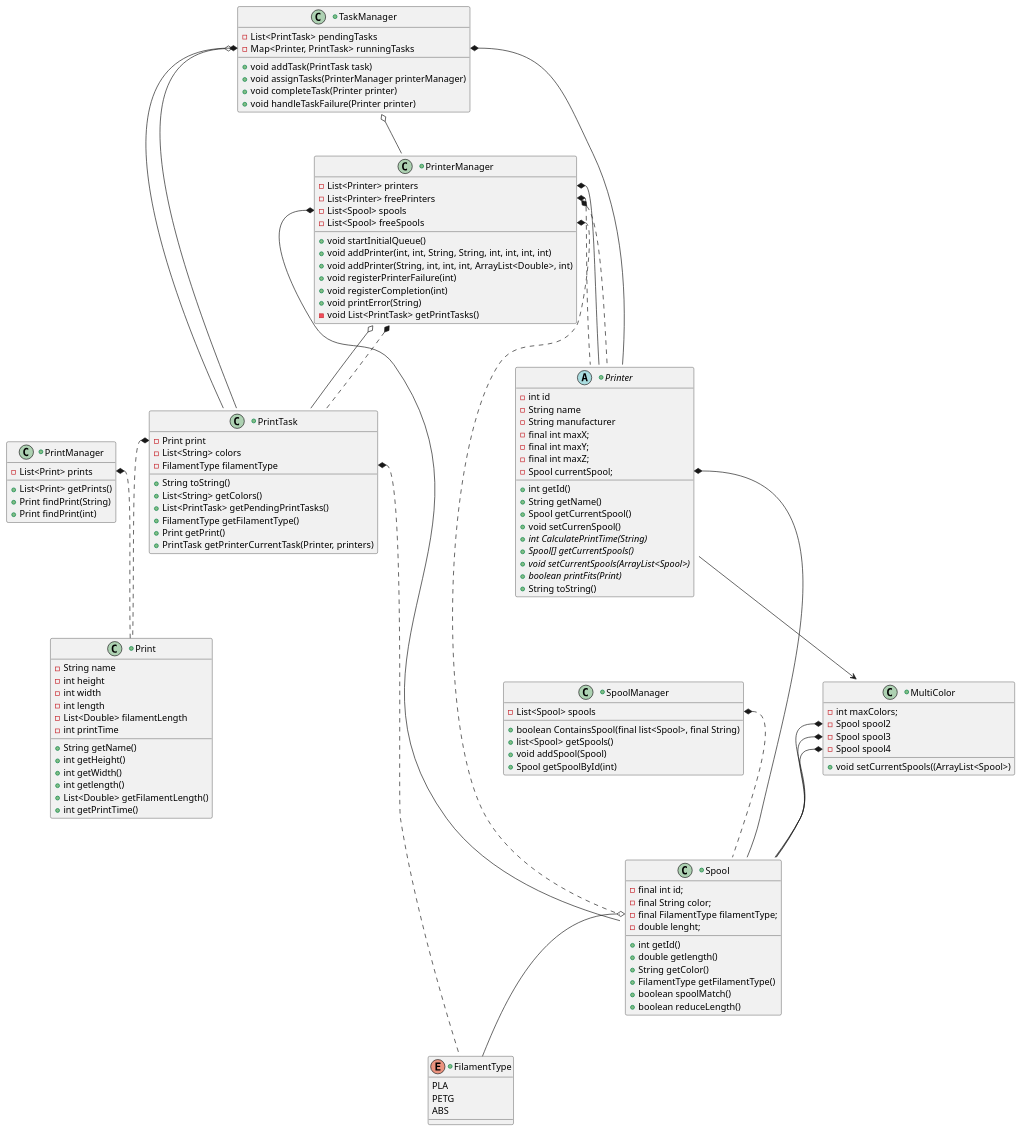
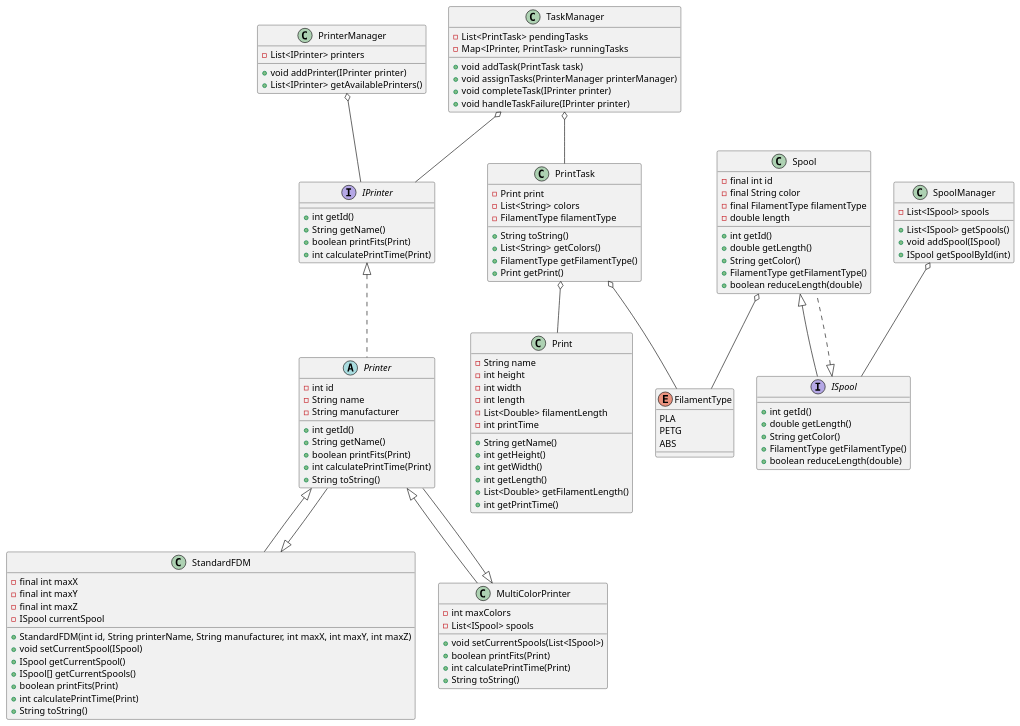
The diagram in 3dprintscheduler-main/docs/diagrams/NewPrinterManagerClassDiagram.puml (mhountsword/SysteemOntwerp), drawn with PlantUML before and after one commit. The commit also changed 4 other files, not shown here.

```diff
--- a/3dprintscheduler-main/docs/diagrams/NewPrinterManagerClassDiagram.puml
+++ b/3dprintscheduler-main/docs/diagrams/NewPrinterManagerClassDiagram.puml
@@ -1,139 +1,128 @@
 @startuml
-'https://plantuml.com/class-diagram
-+class PrinterManager{
--List<Printer> printers
--List<Printer> freePrinters
--List<Spool> spools
--List<Spool> freeSpools
-+void startInitialQueue()
-+void addPrinter(int, int, String, String, int, int, int, int)
-+void addPrinter(String, int, int, int, ArrayList<Double>, int)
-+void registerPrinterFailure(int)
-+void registerCompletion(int)
-+void printError(String)
--void List<PrintTask> getPrintTasks()
+interface IPrinter {
+    +int getId()
+    +String getName()
+    +boolean printFits(Print)
+    +int calculatePrintTime(Print)
 }
-PrinterManager::printers *-- Printer
-PrinterManager::freePrinters *.. Printer
-PrinterManager::pendingPrintTasks o-- PrintTask
-PrinterManager::spools *-- Spool
-PrinterManager::freeSpools *.. Spool
-PrinterManager::runningPrintTask *.. Printer
-PrinterManager::runningPrintTask *.. PrintTask
 
-+class TaskManager{
-    - List<PrintTask> pendingTasks
-    - Map<Printer, PrintTask> runningTasks
-    + void addTask(PrintTask task)
-    + void assignTasks(PrinterManager printerManager)
-    + void completeTask(Printer printer)
-    + void handleTaskFailure(Printer printer)
+interface ISpool {
+    +int getId()
+    +double getLength()
+    +String getColor()
+    +FilamentType getFilamentType()
+    +boolean reduceLength(double)
 }
-TaskManager::runningTasks *-- Printer
-TaskManager::runningTasks *-- PrintTask
-TaskManager o-- PrinterManager
-TaskManager o-- PrintTask
-
-+class PrintManager{
--List<Print> prints
-+List<Print> getPrints()
-+Print findPrint(String)
-+Print findPrint(int)
-}
-PrintManager::prints *.. Print
 
 
-+class SpoolManager{
--List<Spool> spools
-+boolean ContainsSpool(final list<Spool>, final String)
-+list<Spool> getSpools()
-+void addSpool(Spool)
-+Spool getSpoolById(int)
+abstract class Printer implements IPrinter {
+    -int id
+    -String name
+    -String manufacturer
+    +int getId()
+    +String getName()
+    +boolean printFits(Print)
+    +int calculatePrintTime(Print)
+    +String toString()
 }
 
-SpoolManager::spools *.. Spool
-
-+class PrintTask{
--Print print
--List<String> colors
--FilamentType filamentType
-+String toString()
-+List<String> getColors()
-+List<PrintTask> getPendingPrintTasks()
-+FilamentType getFilamentType()
-+Print getPrint()
-+PrintTask getPrinterCurrentTask(Printer, printers)
+class StandardFDM extends Printer {
+    -final int maxX
+    -final int maxY
+    -final int maxZ
+    -ISpool currentSpool
+    +StandardFDM(int id, String printerName, String manufacturer, int maxX, int maxY, int maxZ)
+    +void setCurrentSpool(ISpool)
+    +ISpool getCurrentSpool()
+    +ISpool[] getCurrentSpools()
+    +boolean printFits(Print)
+    +int calculatePrintTime(Print)
+    +String toString()
 }
 
-PrintTask::print *.. Print
-PrintTask::filamentType *.. FilamentType
+class MultiColorPrinter extends Printer {
+    -int maxColors
+    -List<ISpool> spools
+    +void setCurrentSpools(List<ISpool>)
+    +boolean printFits(Print)
+    +int calculatePrintTime(Print)
+    +String toString()
+}
+class Print {
+    -String name
+    -int height
+    -int width
+    -int length
+    -List<Double> filamentLength
+    -int printTime
+    +String getName()
+    +int getHeight()
+    +int getWidth()
+    +int getLength()
+    +List<Double> getFilamentLength()
+    +int getPrintTime()
+}
 
-+enum FilamentType{
+
+class Spool implements ISpool {
+    -final int id
+    -final String color
+    -final FilamentType filamentType
+    -double length
+    +int getId()
+    +double getLength()
+    +String getColor()
+    +FilamentType getFilamentType()
+    +boolean reduceLength(double)
+}
+
+
+class PrinterManager {
+    -List<IPrinter> printers
+    +void addPrinter(IPrinter printer)
+    +List<IPrinter> getAvailablePrinters()
+}
+
+class TaskManager {
+    -List<PrintTask> pendingTasks
+    -Map<IPrinter, PrintTask> runningTasks
+    +void addTask(PrintTask task)
+    +void assignTasks(PrinterManager printerManager)
+    +void completeTask(IPrinter printer)
+    +void handleTaskFailure(IPrinter printer)
+}
+
+class SpoolManager {
+    -List<ISpool> spools
+    +List<ISpool> getSpools()
+    +void addSpool(ISpool)
+    +ISpool getSpoolById(int)
+}
+
+class PrintTask {
+    -Print print
+    -List<String> colors
+    -FilamentType filamentType
+    +String toString()
+    +List<String> getColors()
+    +FilamentType getFilamentType()
+    +Print getPrint()
+}
+
+enum FilamentType {
     PLA
     PETG
     ABS
 }
-+abstract class Printer{
-- int id
--String name
--String manufacturer
-+ int getId()
-+ String getName()
-- final int maxX;
-- final int maxY;
-- final int maxZ;
--  Spool currentSpool;
-+ Spool getCurrentSpool()
-+ void setCurrenSpool()
-+ {abstract} int CalculatePrintTime(String)
-+ {abstract} Spool[] getCurrentSpools()
-+{abstract} void setCurrentSpools(ArrayList<Spool>)
-+ {abstract} boolean printFits(Print)
-+String toString()
-}
-Printer::currentSpool *-- Spool
 
-+class MultiColor{
-- int maxColors;
-- Spool spool2
--Spool spool3
-- Spool spool4
-+void setCurrentSpools((ArrayList<Spool>)
-}
-MultiColor::spool2 *-- Spool
-MultiColor::spool3 *-- Spool
-MultiColor::spool4 *-- Spool
-
-
-+class Print{
--String name
-- int height
-- int width
-- int length
-- List<Double> filamentLength
-- int printTime
-+ String getName()
-+ int getHeight()
-+ int getWidth()
-+ int getlength()
-+ List<Double> getFilamentLength()
-+ int getPrintTime()
-}
-
-+class Spool{
-- final int id;
-- final String color;
-- final FilamentType filamentType;
--double lenght;
-+int getId()
-+double getlength()
-+String getColor()
-+FilamentType getFilamentType()
-+ boolean spoolMatch()
-+boolean reduceLength()
-}
-
-Spool::filamentType o-- FilamentType
-Printer --> MultiColor
-
+PrinterManager o-- IPrinter
+TaskManager o-- IPrinter
+TaskManager o-- PrintTask
+SpoolManager o-- ISpool
+PrintTask o-- Print
+PrintTask o-- FilamentType
+Spool <|-- ISpool
+Spool o-- FilamentType
+StandardFDM <|-- Printer
+MultiColorPrinter <|-- Printer
 @enduml
```
